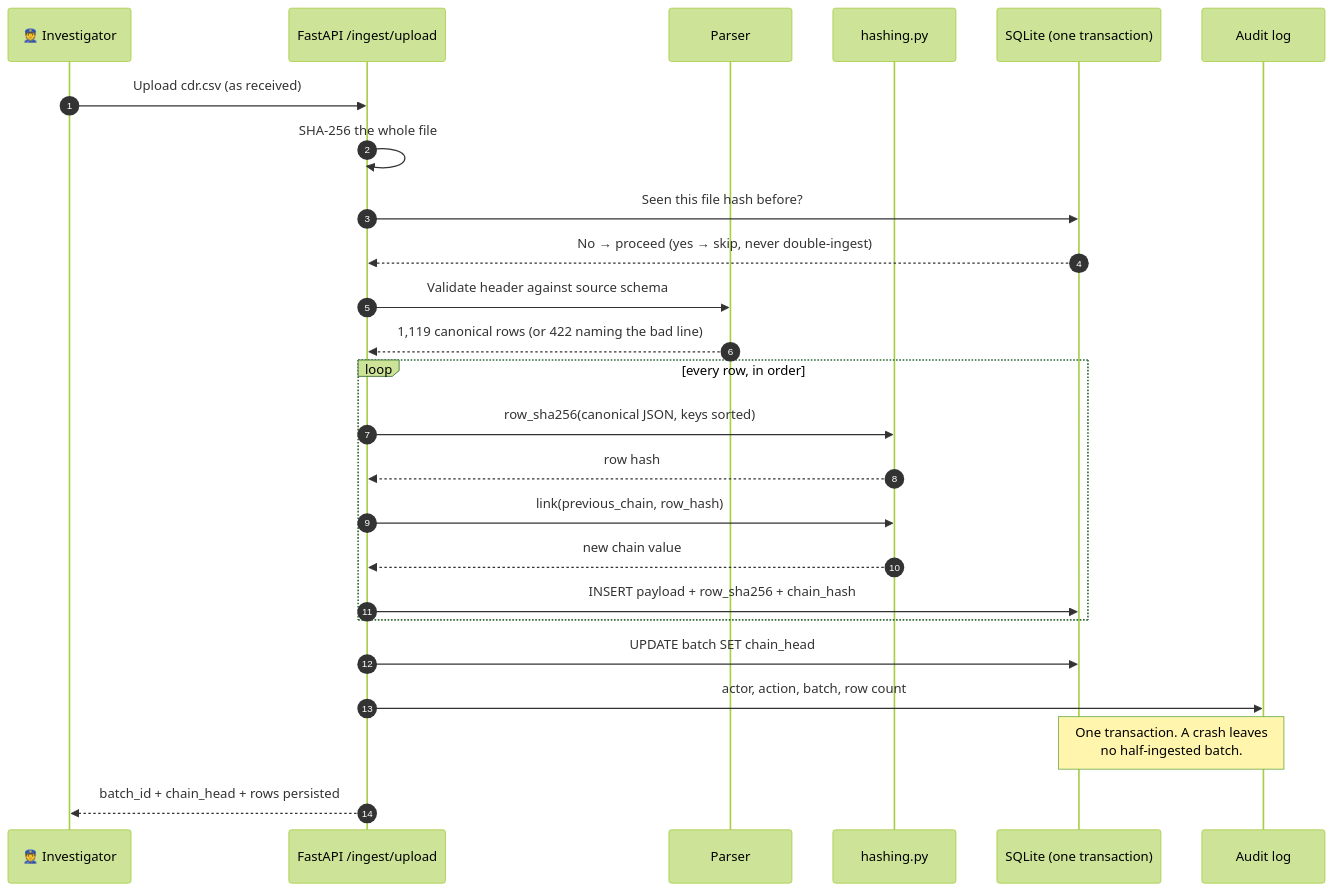
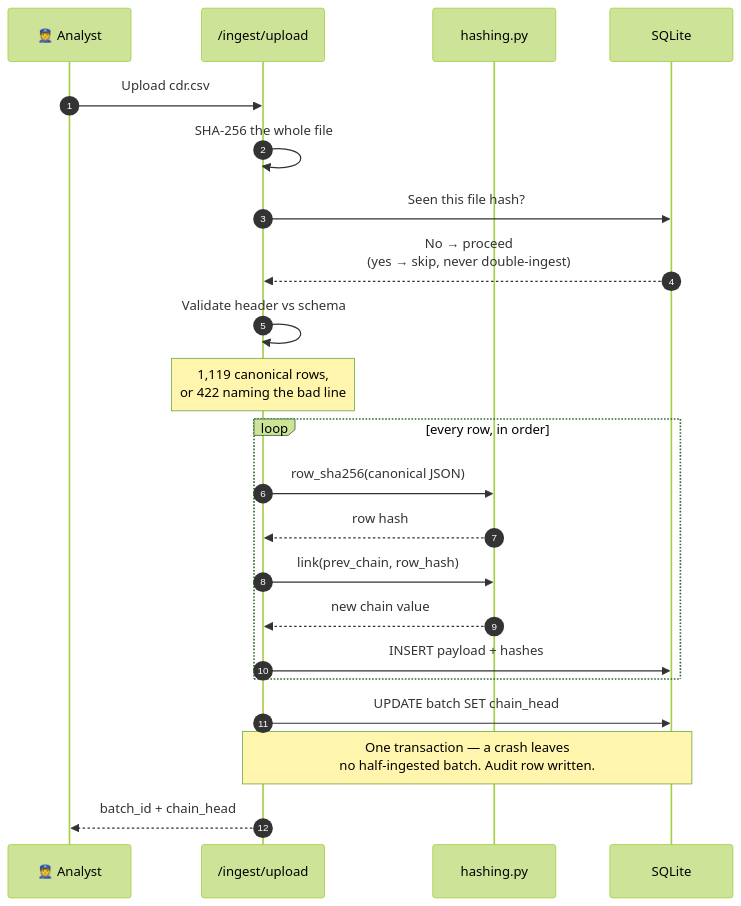
One commit to rakeshselvaraj0108/TLN changed the fourth of 15 diagrams in README.md. Above: the diagram before and after it, drawn with Mermaid (forest theme). The commit also changed other lines of this file, not shown here.

First line of the commit message:
Rebuild the README diagrams to be readable at GitHub's column width

````diff
--- a/README.md
+++ b/README.md
@@ -249,30 +203,27 @@
 ```mermaid
 sequenceDiagram
     autonumber
-    participant I as 👮 Investigator
-    participant API as FastAPI /ingest/upload
-    participant P as Parser
+    participant I as 👮 Analyst
+    participant API as /ingest/upload
     participant H as hashing.py
-    participant DB as SQLite (one transaction)
-    participant A as Audit log
+    participant DB as SQLite
 
-    I->>API: Upload cdr.csv (as received)
+    I->>API: Upload cdr.csv
     API->>API: SHA-256 the whole file
-    API->>DB: Seen this file hash before?
-    DB-->>API: No → proceed (yes → skip, never double-ingest)
-    API->>P: Validate header against source schema
-    P-->>API: 1,119 canonical rows (or 422 naming the bad line)
+    API->>DB: Seen this file hash?
+    DB-->>API: No → proceed<br/>(yes → skip, never double-ingest)
+    API->>API: Validate header vs schema
+    Note over API: 1,119 canonical rows,<br/>or 422 naming the bad line
 
     loop every row, in order
-        API->>H: row_sha256(canonical JSON, keys sorted)
+        API->>H: row_sha256(canonical JSON)
         H-->>API: row hash
-        API->>H: link(previous_chain, row_hash)
+        API->>H: link(prev_chain, row_hash)
         H-->>API: new chain value
-        API->>DB: INSERT payload + row_sha256 + chain_hash
+        API->>DB: INSERT payload + hashes
     end
 
     API->>DB: UPDATE batch SET chain_head
-    API->>A: actor, action, batch, row count
-    Note over DB,A: One transaction. A crash leaves<br/>no half-ingested batch.
-    API-->>I: batch_id + chain_head + rows persisted
+    Note over API,DB: One transaction — a crash leaves<br/>no half-ingested batch. Audit row written.
+    API-->>I: batch_id + chain_head
 ```
````
